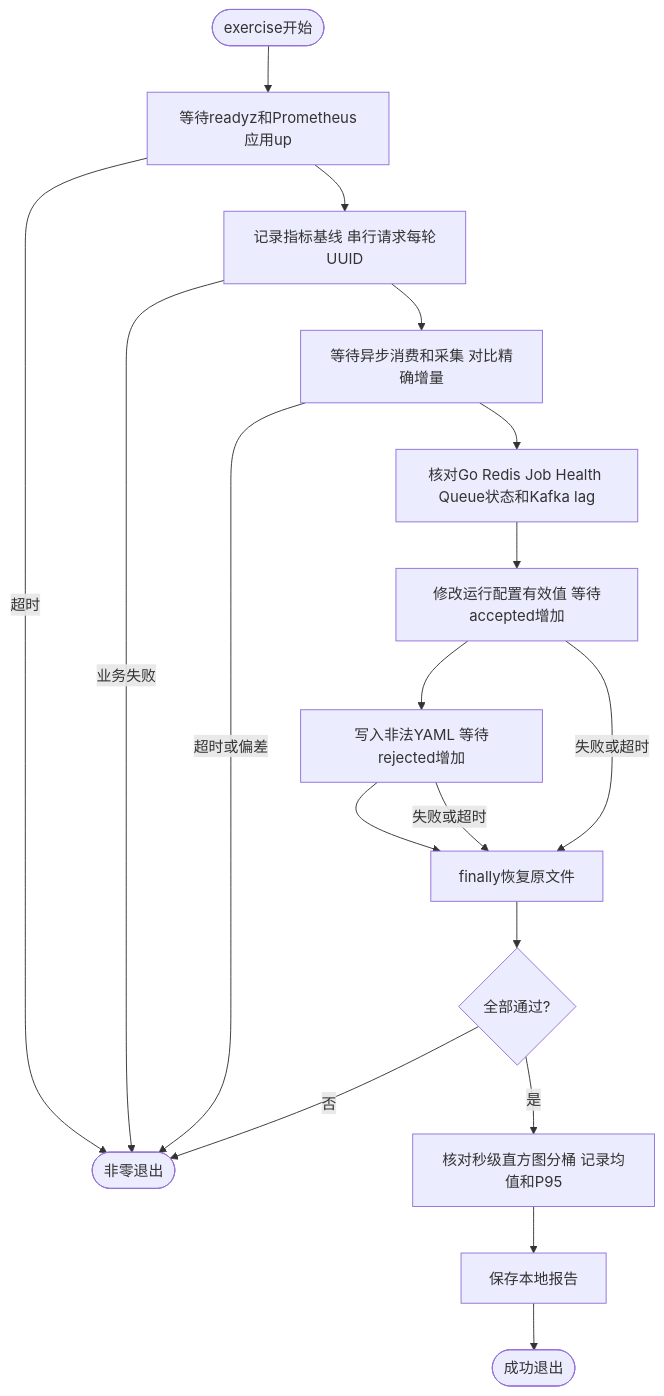
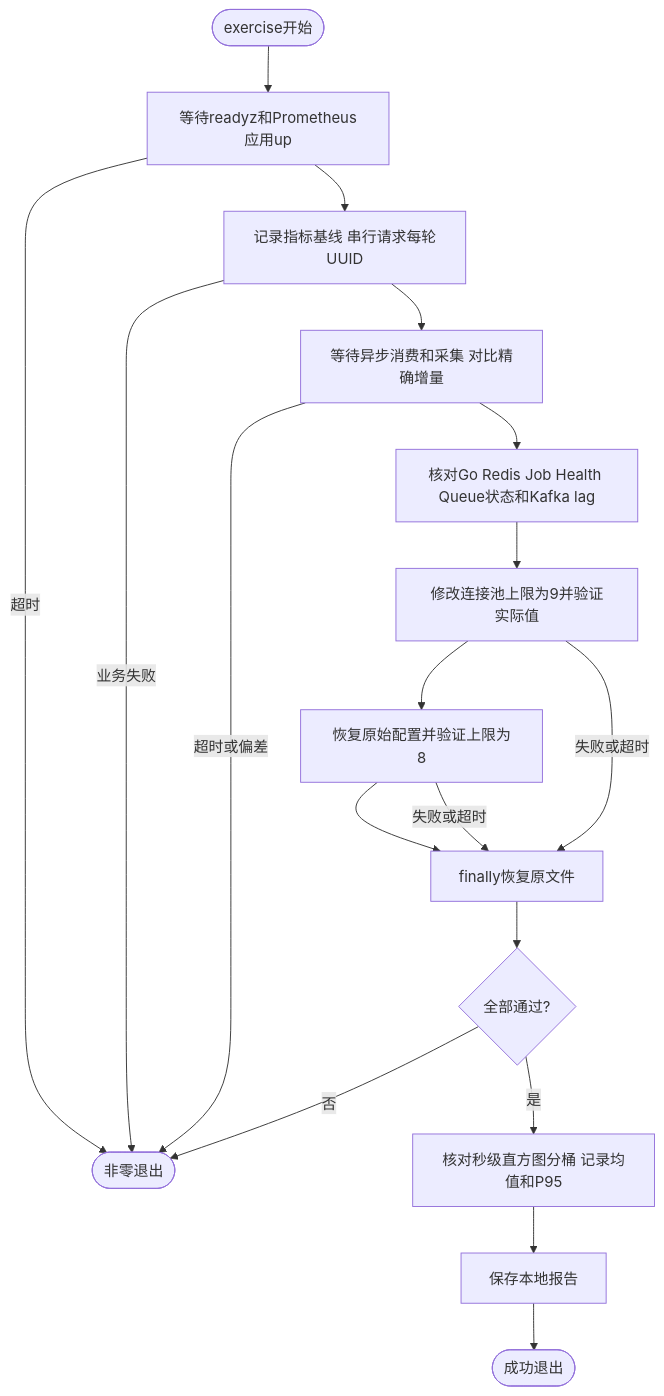
The second of 2 diagrams in examples/components/README.md (jaggerzhuang1994/kratos-foundation), drawn with Mermaid before and after one commit. The commit also changed other lines of this file and 290 other files, not shown here.

````diff
--- a/examples/components/README.md
+++ b/examples/components/README.md
@@ -108,19 +108,19 @@
 ```mermaid
 flowchart TD
     A([exercise开始]) --> B[等待readyz和Prometheus应用up]
     B -- 超时 --> F([非零退出])
     B --> C[记录指标基线 串行请求每轮UUID]
     C -- 业务失败 --> F
     C --> D[等待异步消费和采集 对比精确增量]
     D -- 超时或偏差 --> F
     D --> E[核对Go Redis Job Health Queue状态和Kafka lag]
-    E --> G[修改运行配置有效值 等待accepted增加]
-    G --> H[写入非法YAML 等待rejected增加]
+    E --> G[修改连接池上限为9并验证实际值]
+    G --> H[恢复原始配置并验证上限为8]
     H --> I[finally恢复原文件]
     G & H -- 失败或超时 --> I
     I --> J{全部通过?}
     J -- 否 --> F
     J -- 是 --> K[核对秒级直方图分桶 记录均值和P95]
     K --> L[保存本地报告]
     L --> M([成功退出])
 ```
````
